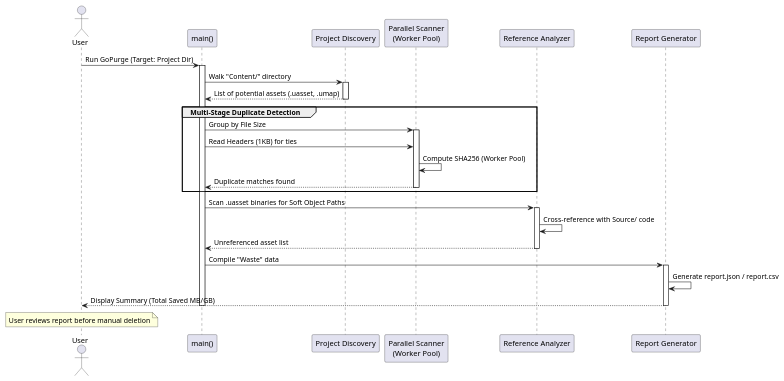
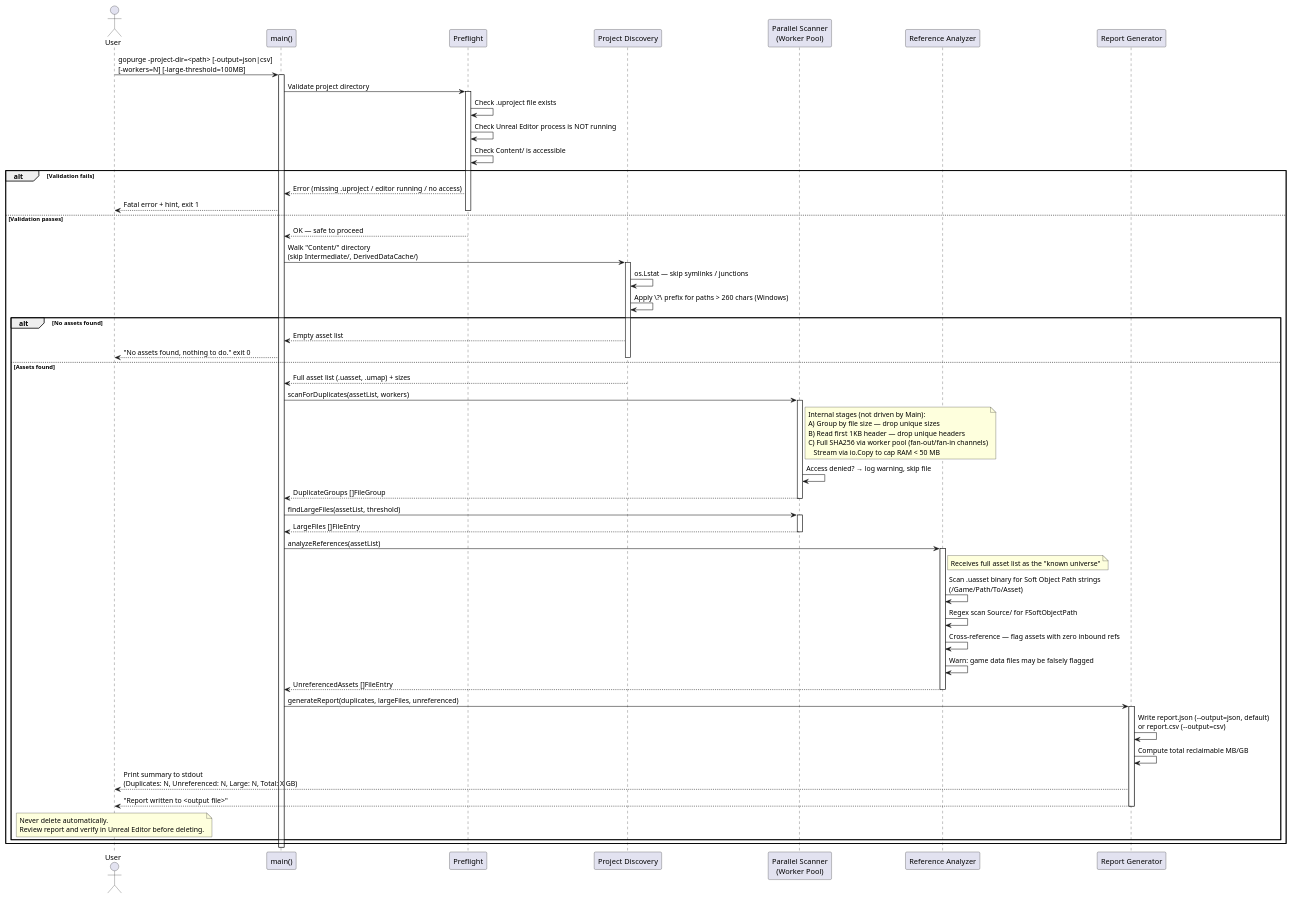
The diagram in AssetCleanup/sequence.puml (DunderGG/go-playground), drawn with PlantUML before and after one commit. The commit also changed 2 other files, not shown here.

Commit message:
Refined design, added components and architecture
Will be interesting to compare this to the "final product" later

```diff
--- a/AssetCleanup/sequence.puml
+++ b/AssetCleanup/sequence.puml
@@ -1,43 +1,92 @@
 @startuml GoPurge Execution Flow
 
 actor User
 participant "main()" as Main
+participant "Preflight" as Validator
 participant "Project Discovery" as Discovery
 participant "Parallel Scanner\n(Worker Pool)" as Scanner
 participant "Reference Analyzer" as Analyzer
 participant "Report Generator" as Reporter
 
-User -> Main : Run GoPurge (Target: Project Dir)
+' ── 1. CLI INPUT ─────────────────────────────────────────────────────────────
+User -> Main : gopurge -project-dir=<path> [-output=json|csv]\n[-workers=N] [-large-threshold=100MB]
 activate Main
 
-Main -> Discovery : Walk "Content/" directory
-activate Discovery
-Discovery --> Main : List of potential assets (.uasset, .umap)
-deactivate Discovery
+' ── 2. PREREQUISITES VALIDATION ───────────────────────────────────────────────
+Main -> Validator : Validate project directory
+activate Validator
+Validator -> Validator : Check .uproject file exists
+Validator -> Validator : Check Unreal Editor process is NOT running
+Validator -> Validator : Check Content/ is accessible
 
-group Multi-Stage Duplicate Detection
-    Main -> Scanner : Group by File Size
-    activate Scanner
-    Main -> Scanner : Read Headers (1KB) for ties
-    Scanner -> Scanner : Compute SHA256 (Worker Pool)
-    Scanner --> Main : Duplicate matches found
-    deactivate Scanner
+alt Validation fails
+    Validator --> Main : Error (missing .uproject / editor running / no access)
+    Main --> User : Fatal error + hint, exit 1
+    deactivate Validator
+else Validation passes
+    Validator --> Main : OK — safe to proceed
+    deactivate Validator
+
+    ' ── 3. PROJECT DISCOVERY ─────────────────────────────────────────────────
+    Main -> Discovery : Walk "Content/" directory\n(skip Intermediate/, DerivedDataCache/)
+    activate Discovery
+    Discovery -> Discovery : os.Lstat — skip symlinks / junctions
+    Discovery -> Discovery : Apply \\?\ prefix for paths > 260 chars (Windows)
+
+    alt No assets found
+        Discovery --> Main : Empty asset list
+        Main --> User : "No assets found, nothing to do." exit 0
+        deactivate Discovery
+    else Assets found
+        Discovery --> Main : Full asset list (.uasset, .umap) + sizes
+        deactivate Discovery
+
+        ' ── 4. MULTI-STAGE DUPLICATE DETECTION ──────────────────────────────
+        Main -> Scanner : scanForDuplicates(assetList, workers)
+        activate Scanner
+        note right of Scanner
+            Internal stages (not driven by Main):
+            A) Group by file size — drop unique sizes
+            B) Read first 1KB header — drop unique headers
+            C) Full SHA256 via worker pool (fan-out/fan-in channels)
+               Stream via io.Copy to cap RAM < 50 MB
+        end note
+        Scanner -> Scanner : Access denied? → log warning, skip file
+        Scanner --> Main : DuplicateGroups []FileGroup
+        deactivate Scanner
+
+        ' ── 5. LARGE FILE DETECTION ──────────────────────────────────────────
+        Main -> Scanner : findLargeFiles(assetList, threshold)
+        activate Scanner
+        Scanner --> Main : LargeFiles []FileEntry
+        deactivate Scanner
+
+        ' ── 6. REFERENCE ANALYSIS ────────────────────────────────────────────
+        Main -> Analyzer : analyzeReferences(assetList)
+        activate Analyzer
+        note right of Analyzer
+            Receives full asset list as the "known universe"
+        end note
+        Analyzer -> Analyzer : Scan .uasset binary for Soft Object Path strings\n(/Game/Path/To/Asset)
+        Analyzer -> Analyzer : Regex scan Source/ for FSoftObjectPath
+        Analyzer -> Analyzer : Cross-reference — flag assets with zero inbound refs
+        Analyzer -> Analyzer : Warn: game data files may be falsely flagged
+        Analyzer --> Main : UnreferencedAssets []FileEntry
+        deactivate Analyzer
+
+        ' ── 7. REPORT GENERATION ─────────────────────────────────────────────
+        Main -> Reporter : generateReport(duplicates, largeFiles, unreferenced)
+        activate Reporter
+        Reporter -> Reporter : Write report.json (--output=json, default)\nor report.csv (--output=csv)
+        Reporter -> Reporter : Compute total reclaimable MB/GB
+        Reporter --> User : Print summary to stdout\n(Duplicates: N, Unreferenced: N, Large: N, Total: X GB)
+        Reporter --> User : "Report written to <output file>"
+        deactivate Reporter
+
+        note over User : Never delete automatically.\nReview report and verify in Unreal Editor before deleting.
+    end
 end
-
-Main -> Analyzer : Scan .uasset binaries for Soft Object Paths
-activate Analyzer
-Analyzer -> Analyzer : Cross-reference with Source/ code
-Analyzer --> Main : Unreferenced asset list
-deactivate Analyzer
-
-Main -> Reporter : Compile "Waste" data
-activate Reporter
-Reporter -> Reporter : Generate report.json / report.csv
-Reporter --> User : Display Summary (Total Saved MB/GB)
-deactivate Reporter
-
-note over User : User reviews report before manual deletion
 
 deactivate Main
 
 @enduml
```
